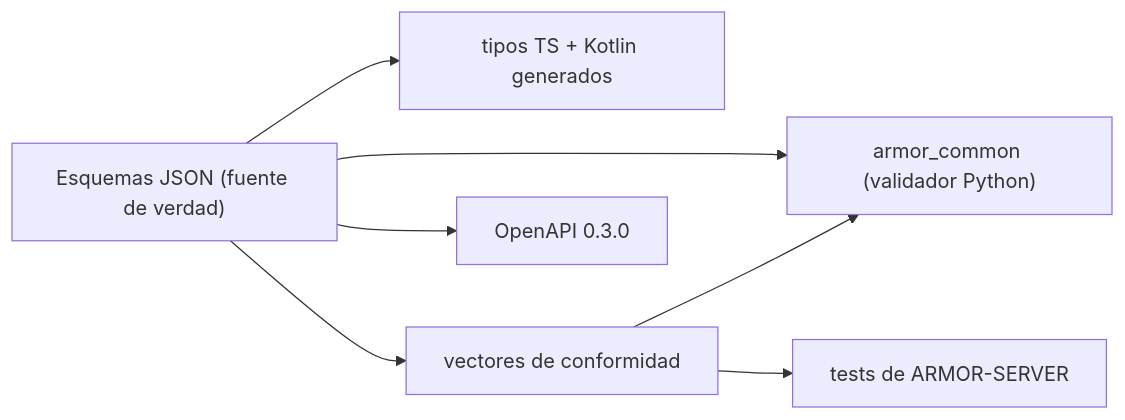
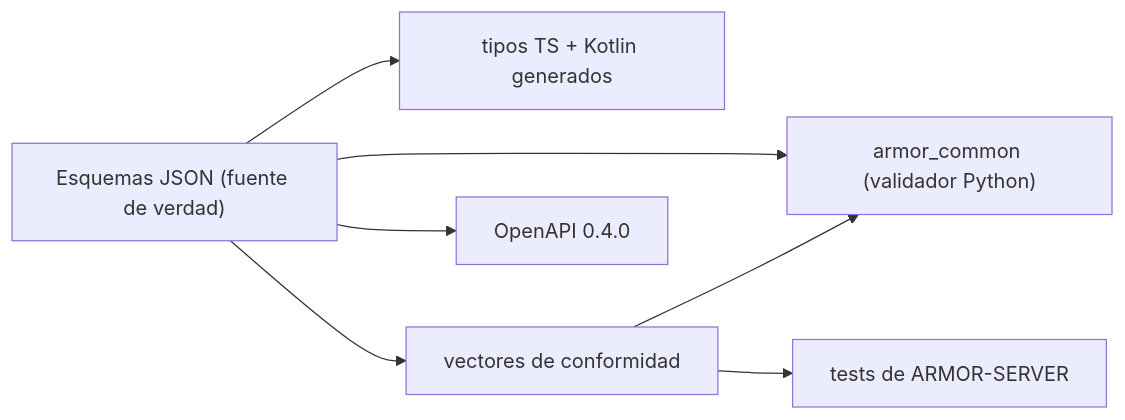
One commit to JuanenRac/ARMOR-COMMON changed the diagram in README_spa.md. Above: the diagram before and after it, drawn with Mermaid. The commit also changed other lines of this file and 6 other files, not shown here.

````diff
--- a/README_spa.md
+++ b/README_spa.md
@@ -39,9 +39,9 @@
 ```mermaid
 flowchart LR
     S["Esquemas JSON (fuente de verdad)"] --> P["armor_common (validador Python)"]
     S --> G["tipos TS + Kotlin generados"]
     S --> V["vectores de conformidad"]
     V --> P
     V --> T["tests de ARMOR-SERVER"]
-    S --> O["OpenAPI 0.3.0"]
+    S --> O["OpenAPI 0.4.0"]
 ```
````
